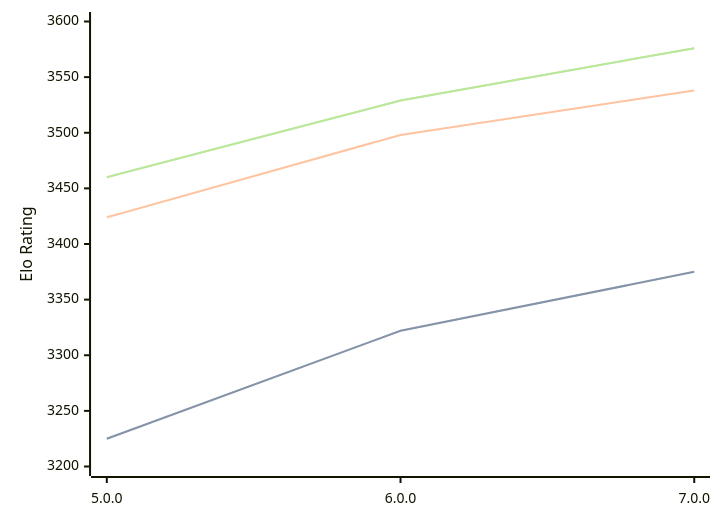
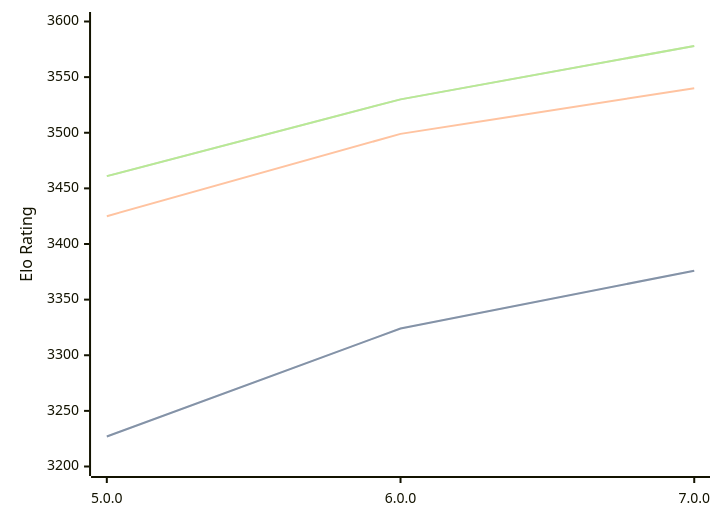
One commit to computer-chess-index/cci changed the diagram in engines/Stormphrax.md. Above: the diagram before and after it, drawn with Mermaid. The commit also changed other lines of this file, not shown here.

Commit message:
Update CCI Ratings (ELO VLTC) - 2026-03-29

````diff
--- a/engines/Stormphrax.md
+++ b/engines/Stormphrax.md
@@ -38,11 +38,11 @@
 ```mermaid
 %%{init: {"theme":"base","themeVariables":{"seriesColors:['#a3a3a3','#222221','#faa371']}}}%%
 xychart-beta
   x-axis ["5.0.0", "6.0.0", "7.0.0"]
   y-axis "Elo Rating" 3200 --> 3600
-  line "STC (8.0+0.08s)" [3225, 3322, 3375]
-  line "STC (8.0+0.08s)" [3225, 3322, 3375]
-  line "LTC (60.0+0.60s)" [3424, 3498, 3538]
-  line "VLTC (2m24s+1.12s)" [3460, 3529, 3576]
-  line "VLTC (2m24s+1.12s)" [3460, 3529, 3576]
+  line "STC (8.0+0.08s)" [3227, 3324, 3376]
+  line "STC (8.0+0.08s)" [3227, 3324, 3376]
+  line "LTC (60.0+0.60s)" [3425, 3499, 3540]
+  line "VLTC (2m24s+1.12s)" [3461, 3530, 3578]
+  line "VLTC (2m24s+1.12s)" [3461, 3530, 3578]
 ```
````
